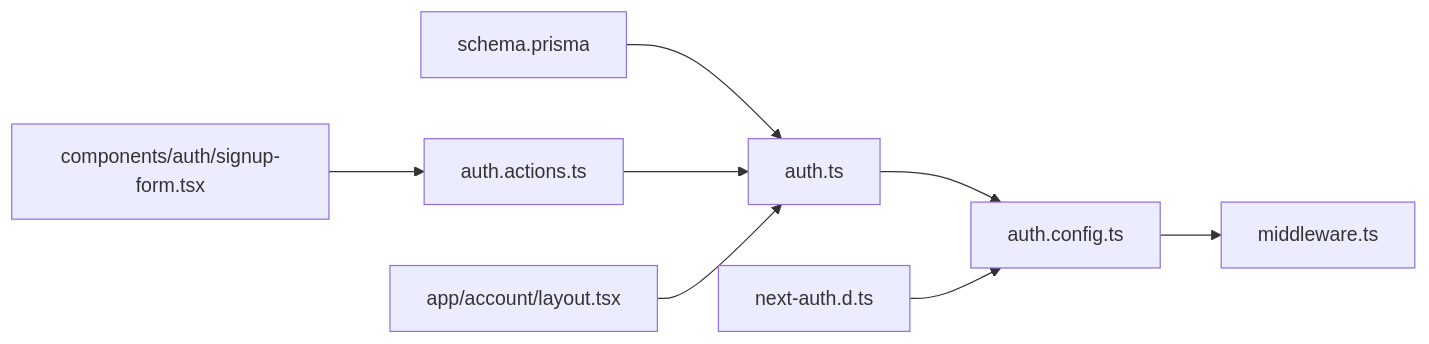
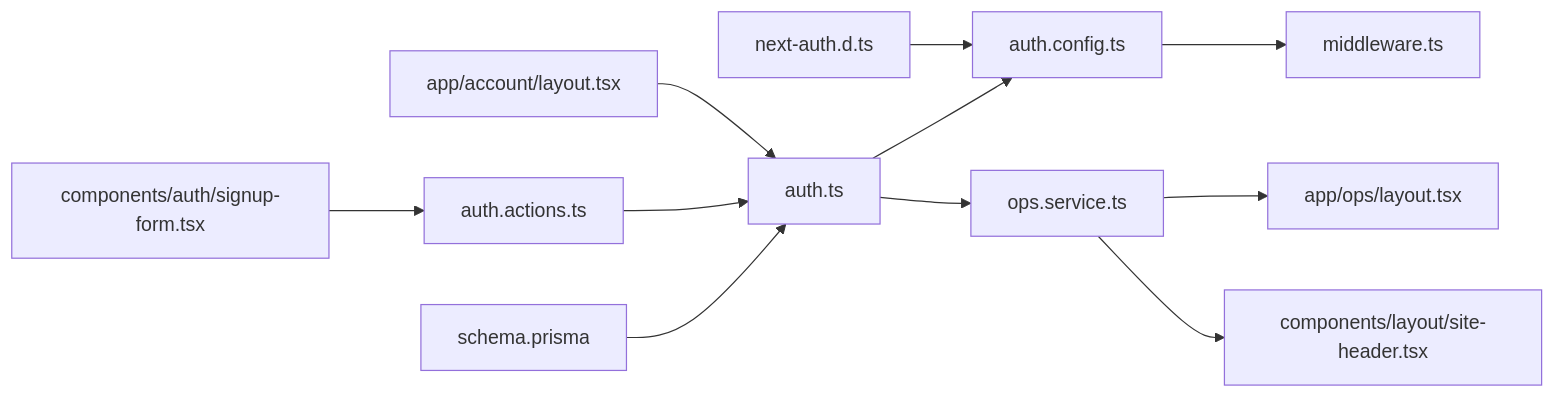
Before and after one commit to gyamposudodzi/Timberland: diagram 11 of 11 in .qoder/repowiki/en/content/Authentication System/Role-Based Access Control.md, drawn with Mermaid. The commit also changed other lines of this file and 65 other files, not shown here.

First line of the commit message:
feat(auth): enhance role-based access control with staff/admin ops interface

````diff
--- a/.qoder/repowiki/en/content/Authentication System/Role-Based Access Control.md
+++ b/.qoder/repowiki/en/content/Authentication System/Role-Based Access Control.md
@@ -339,10 +444,13 @@
 ```mermaid
 graph LR
 SCHEMA["schema.prisma"] --> AUTH_RT["auth.ts"]
 AUTH_RT --> AUTH_CFG["auth.config.ts"]
 AUTH_CFG --> MW["middleware.ts"]
+AUTH_RT --> OPS_SVC["ops.service.ts"]
+OPS_SVC --> OPS_LAYOUT["app/ops/layout.tsx"]
+OPS_SVC --> SITE_HEADER["components/layout/site-header.tsx"]
 ACTIONS["auth.actions.ts"] --> AUTH_RT
 TYPES["next-auth.d.ts"] --> AUTH_CFG
 UI_LAYOUT["app/account/layout.tsx"] --> AUTH_RT
 SIGNUP_UI["components/auth/signup-form.tsx"] --> ACTIONS
 ```
````
